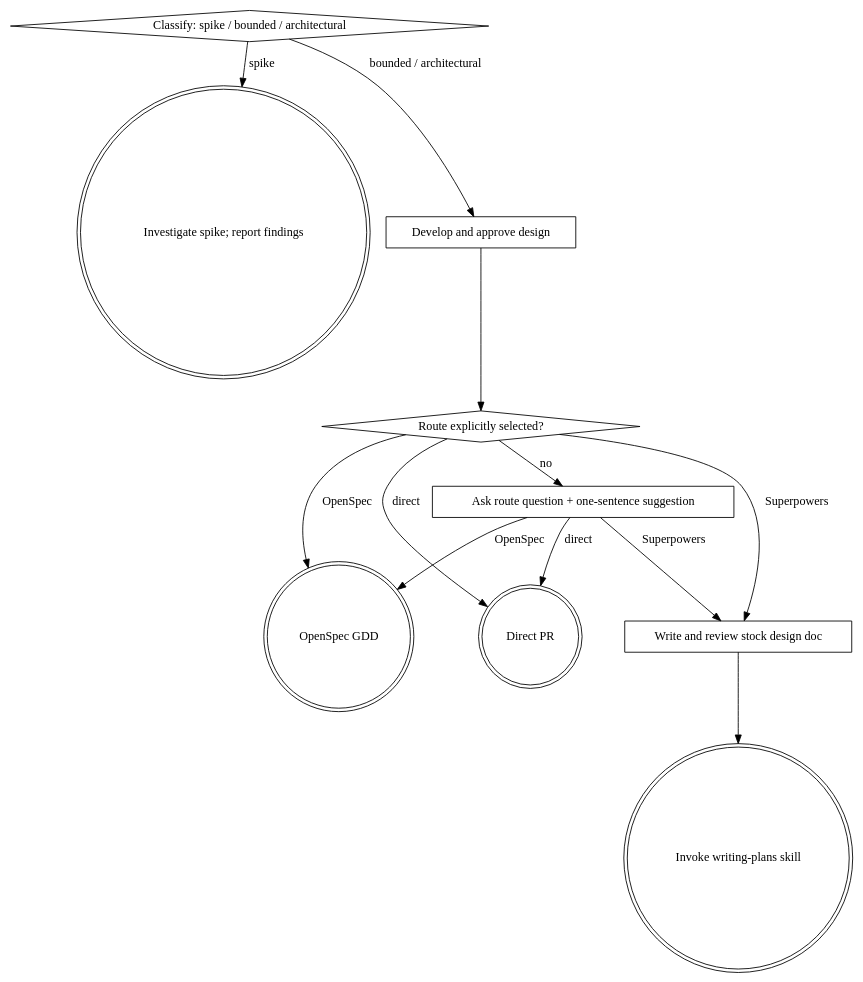
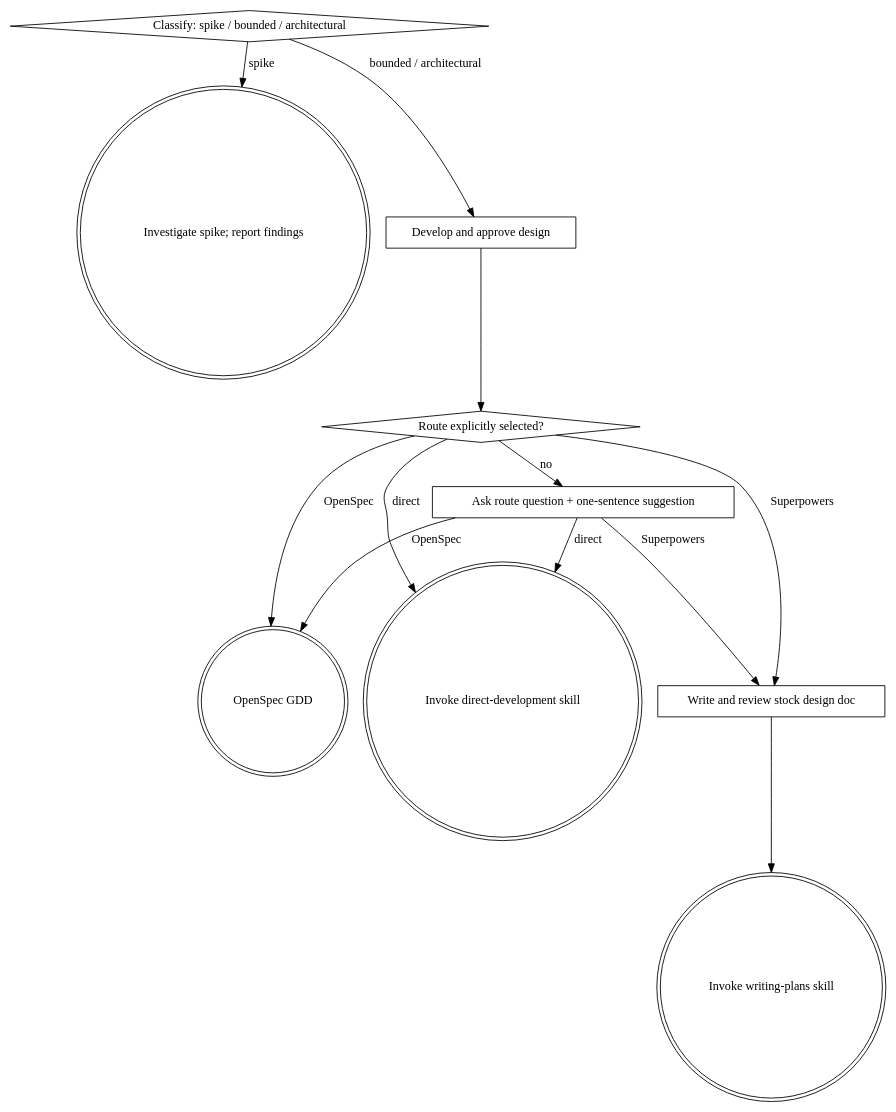
One commit to bmurgic/superpowers changed the diagram in skills/brainstorming/SKILL.md. Above: the diagram before and after it, drawn with Graphviz. The commit also changed other lines of this file and 2 other files, not shown here.

Commit message:
feat(workflow): route to direct development

````diff
--- a/skills/brainstorming/SKILL.md
+++ b/skills/brainstorming/SKILL.md
@@ -149,25 +151,25 @@
 ```dot
 digraph brainstorming {
     "Classify: spike / bounded / architectural" [shape=diamond];
     "Investigate spike; report findings" [shape=doublecircle];
     "Develop and approve design" [shape=box];
     "Route explicitly selected?" [shape=diamond];
     "Ask route question + one-sentence suggestion" [shape=box];
     "OpenSpec GDD" [shape=doublecircle];
     "Write and review stock design doc" [shape=box];
     "Invoke writing-plans skill" [shape=doublecircle];
-    "Direct PR" [shape=doublecircle];
+    "Invoke direct-development skill" [shape=doublecircle];
 
     "Classify: spike / bounded / architectural" -> "Investigate spike; report findings" [label="spike"];
     "Classify: spike / bounded / architectural" -> "Develop and approve design" [label="bounded / architectural"];
     "Develop and approve design" -> "Route explicitly selected?";
     "Route explicitly selected?" -> "Ask route question + one-sentence suggestion" [label="no"];
     "Route explicitly selected?" -> "OpenSpec GDD" [label="OpenSpec"];
     "Route explicitly selected?" -> "Write and review stock design doc" [label="Superpowers"];
-    "Route explicitly selected?" -> "Direct PR" [label="direct"];
+    "Route explicitly selected?" -> "Invoke direct-development skill" [label="direct"];
     "Ask route question + one-sentence suggestion" -> "OpenSpec GDD" [label="OpenSpec"];
     "Ask route question + one-sentence suggestion" -> "Write and review stock design doc" [label="Superpowers"];
-    "Ask route question + one-sentence suggestion" -> "Direct PR" [label="direct"];
+    "Ask route question + one-sentence suggestion" -> "Invoke direct-development skill" [label="direct"];
     "Write and review stock design doc" -> "Invoke writing-plans skill";
 }
 ```
````
